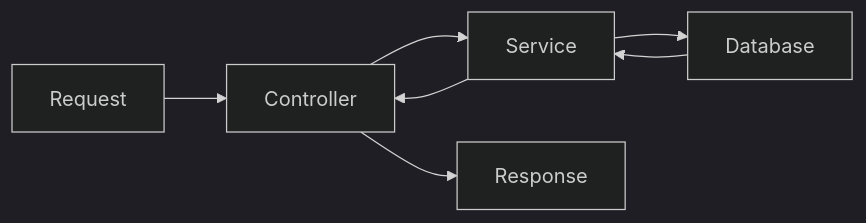
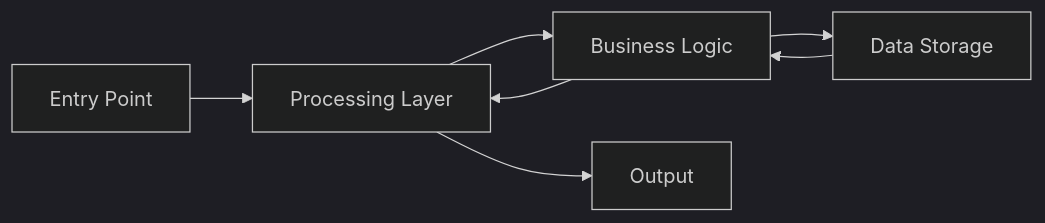
Before and after one commit to mahsanamin/ai_prompts: the first of 2 diagrams in SoftwareEngineering/Coding_Agent_Creator/agent_creator.md, drawn with Mermaid (dark theme). The commit also changed other lines of this file, not shown here.

````diff
--- a/SoftwareEngineering/Coding_Agent_Creator/agent_creator.md
+++ b/SoftwareEngineering/Coding_Agent_Creator/agent_creator.md
@@ -435,9 +491,9 @@
 ```mermaid
 flowchart LR
-    A[Request] --> B[Controller]
-    B --> C[Service]
-    C --> D[Database]
+    A[Entry Point] --> B[Processing Layer]
+    B --> C[Business Logic]
+    C --> D[Data Storage]
     D --> C
     C --> B
-    B --> E[Response]
+    B --> E[Output]
 ```
````
